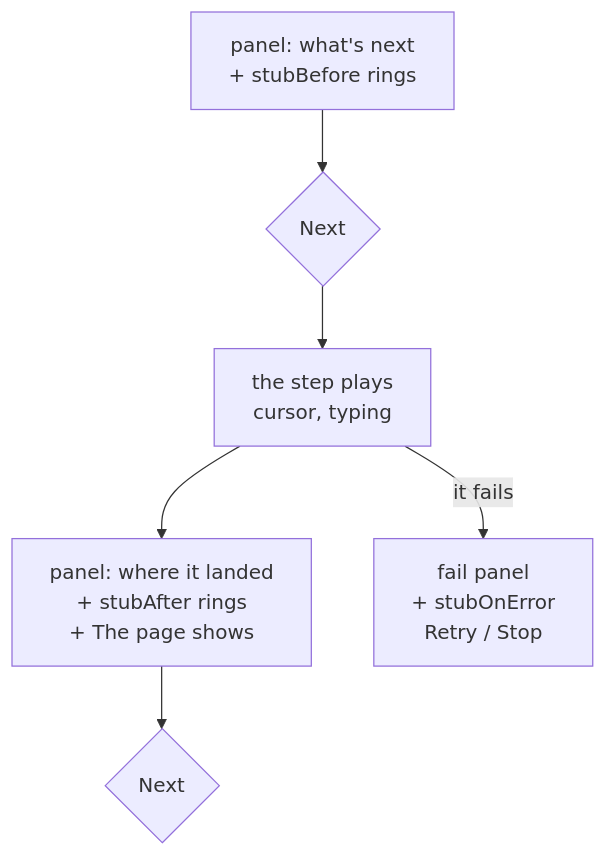
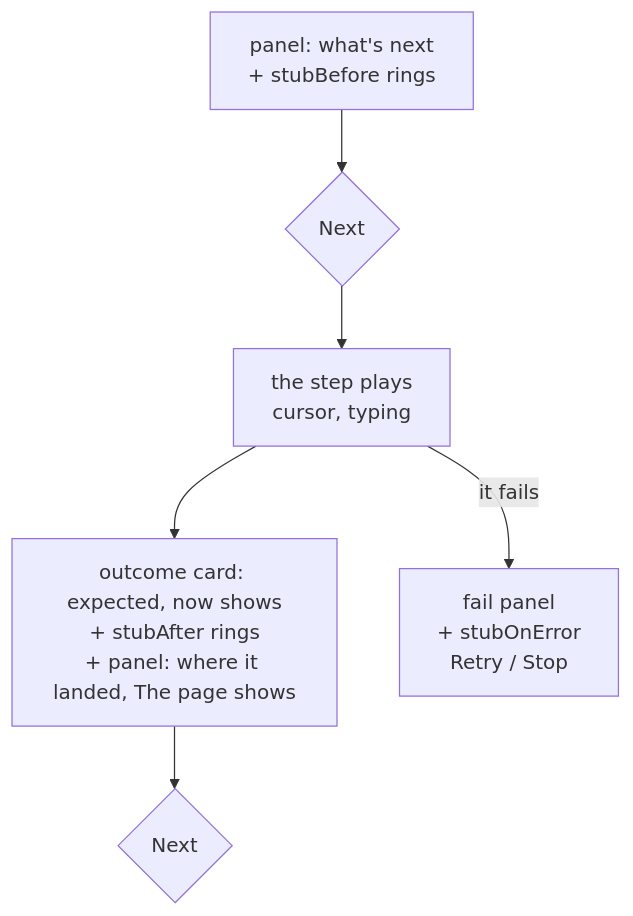
Before and after one commit to deviate-dv8/waygraph: the diagram in docs/guides/demo.md, drawn with Mermaid. The commit also changed other lines of this file and 19 other files, not shown here.

````diff
--- a/docs/guides/demo.md
+++ b/docs/guides/demo.md
@@ -14,8 +14,8 @@
 ```mermaid
 graph TD
   B[panel: what's next<br/>+ stubBefore rings] --> N{Next}
   N --> A[the step plays<br/>cursor, typing]
-  A --> AF[panel: where it landed<br/>+ stubAfter rings<br/>+ The page shows]
+  A --> AF[outcome card: expected, now shows<br/>+ stubAfter rings<br/>+ panel: where it landed, The page shows]
   AF --> N2{Next}
   A -->|it fails| E[fail panel<br/>+ stubOnError<br/>Retry / Stop]
 ```
````
